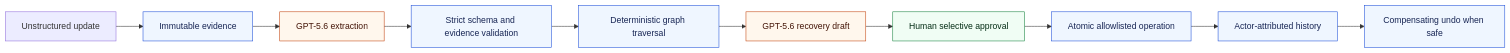
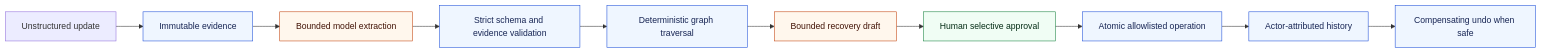
The first of 2 diagrams in README.md (Chi944/InOrdo-Hackathon), drawn with Mermaid before and after one commit. The commit also changed other lines of this file and 5 other files, not shown here.

````diff
--- a/README.md
+++ b/README.md
@@ -70,19 +70,19 @@
 ```mermaid
 flowchart LR
     E["Unstructured update"] --> S["Immutable evidence"]
-    S --> X["GPT-5.6 extraction"]
+    S --> X["Bounded model extraction"]
     X --> V["Strict schema and evidence validation"]
     V --> G["Deterministic graph traversal"]
-    G --> D["GPT-5.6 recovery draft"]
+    G --> D["Bounded recovery draft"]
     D --> H["Human selective approval"]
     H --> O["Atomic allowlisted operation"]
     O --> A["Actor-attributed history"]
     A --> U["Compensating undo when safe"]
 
     classDef model fill:#fff7ed,stroke:#c2410c,color:#431407;
     classDef deterministic fill:#eff6ff,stroke:#1d4ed8,color:#172554;
     classDef human fill:#f0fdf4,stroke:#15803d,color:#052e16;
     class X,D model;
     class S,V,G,O,A,U deterministic;
     class H human;
 ```
````
